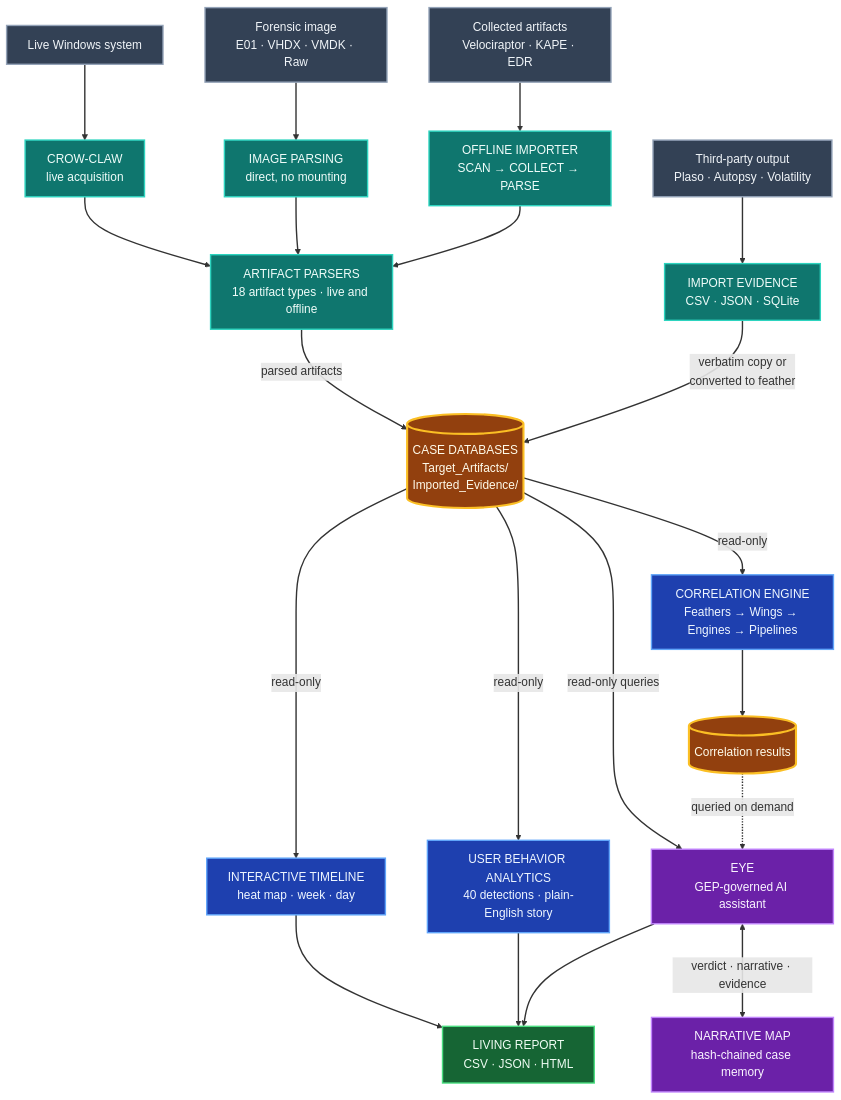
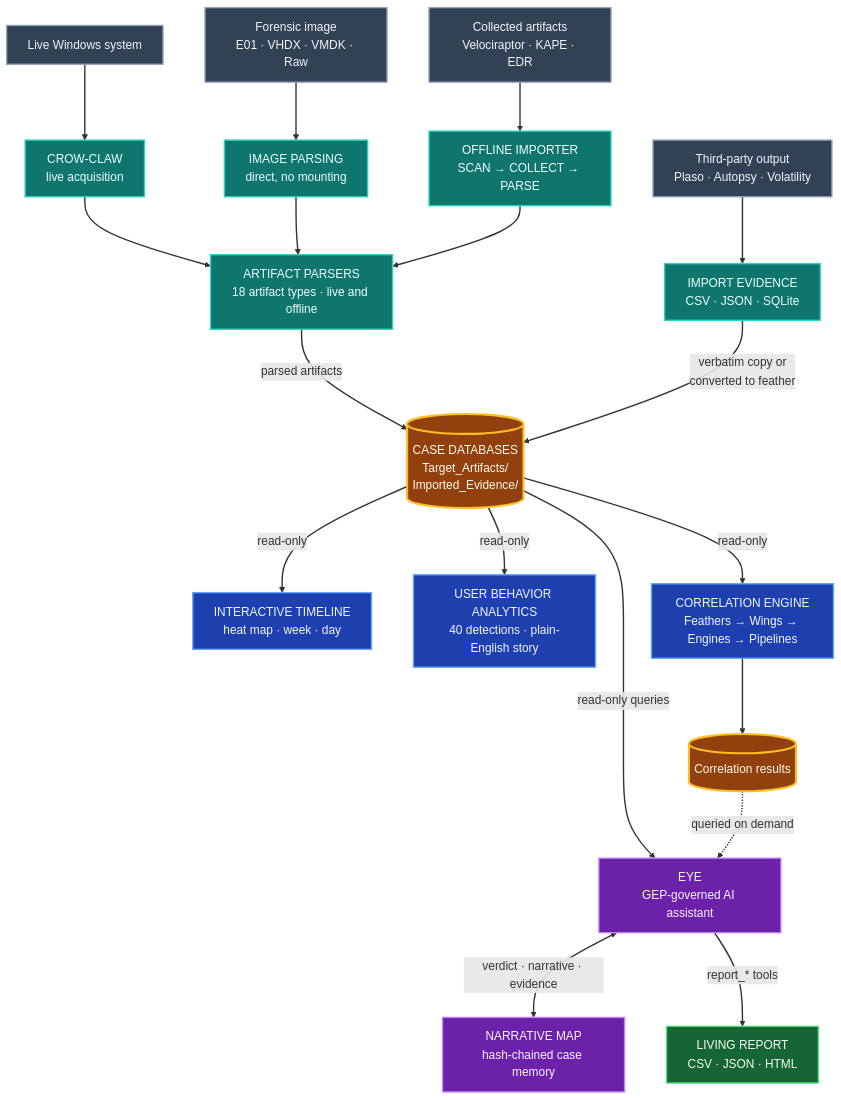
One commit to Ghassan-elsman/Crow-Eye changed the diagram in README.md. Above: the diagram before and after it, drawn with Mermaid. The commit also changed other lines of this file, not shown here.

Commit message:
Revise README for Eye reporting and analysis updates
Updated the README to reflect changes in the Eye's reporting tools and clarified the flow of evidence and analysis paths.

````diff
--- a/README.md
+++ b/README.md
@@ -100,76 +100,74 @@
 ```mermaid
 %%{init: {"flowchart": {"nodeSpacing": 60, "rankSpacing": 70, "curve": "basis"}, "themeVariables": {"fontSize": "17px", "fontFamily": "system-ui, sans-serif"}} }%%
 flowchart TB
 
 %% ═══════════ 1. EVIDENCE SOURCE ═══════════
     S1["Live Windows system"]
     S2["Forensic image<br/>E01 · VHDX · VMDK · Raw"]
     S3["Collected artifacts<br/>Velociraptor · KAPE · EDR"]
     S4["Third-party output<br/>Plaso · Autopsy · Volatility"]
 
 %% ═══════════ 2. INGEST ═══════════
     I1["CROW-CLAW<br/>live acquisition"]
     I2["IMAGE PARSING<br/>direct, no mounting"]
     I3["OFFLINE IMPORTER<br/>SCAN → COLLECT → PARSE"]
     I4["IMPORT EVIDENCE<br/>CSV · JSON · SQLite"]
 
     PARSERS["ARTIFACT PARSERS<br/>18 artifact types · live and offline"]
 
 %% ═══════════ 3. CASE ═══════════
     CASE[("CASE DATABASES<br/>Target_Artifacts/<br/>Imported_Evidence/")]
 
 %% ═══════════ 4. ANALYSIS ═══════════
     TL["INTERACTIVE TIMELINE<br/>heat map · week · day"]
     UB["USER BEHAVIOR ANALYTICS<br/>40 detections · plain-English story"]
     CE["CORRELATION ENGINE<br/>Feathers → Wings → Engines → Pipelines"]
     RES[("Correlation results")]
 
 %% ═══════════ 5. AI LAYER ═══════════
     EYE["EYE<br/>GEP-governed AI assistant"]
     NM["NARRATIVE MAP<br/>hash-chained case memory"]
 
     OUT["LIVING REPORT<br/>CSV · JSON · HTML"]
 
 %% ═══════════ FLOW ═══════════
     S1 --> I1
     S2 --> I2
     S3 --> I3
     S4 --> I4
 
     I1 --> PARSERS
     I2 --> PARSERS
     I3 --> PARSERS
 
     PARSERS -- "parsed artifacts" --> CASE
     I4 -- "verbatim copy or<br/>converted to feather" --> CASE
 
     CASE -- "read-only" --> TL
     CASE -- "read-only" --> UB
     CASE -- "read-only" --> CE
     CE --> RES
 
     CASE -- "read-only queries" --> EYE
     RES -. "queried on demand" .-> EYE
     EYE <== "verdict · narrative · evidence" ==> NM
 
-    TL --> OUT
-    UB --> OUT
-    EYE --> OUT
+    EYE -- "report_* tools" --> OUT
 
 %% ═══════════ STYLE ═══════════
     classDef src   fill:#334155,stroke:#94a3b8,stroke-width:2px,color:#f1f5f9
     classDef ing   fill:#0f766e,stroke:#2dd4bf,stroke-width:2px,color:#f0fdfa
     classDef store fill:#92400e,stroke:#fbbf24,stroke-width:3px,color:#fffbeb
     classDef ana   fill:#1e40af,stroke:#60a5fa,stroke-width:2px,color:#eff6ff
     classDef ai    fill:#6b21a8,stroke:#c084fc,stroke-width:2px,color:#faf5ff
     classDef out   fill:#166534,stroke:#4ade80,stroke-width:2px,color:#f0fdf4
 
     class S1,S2,S3,S4 src
     class I1,I2,I3,I4,PARSERS ing
     class CASE,RES store
     class TL,UB,CE ana
     class EYE,NM ai
     class OUT out
 
     linkStyle default stroke-width:2px
 ```
````
